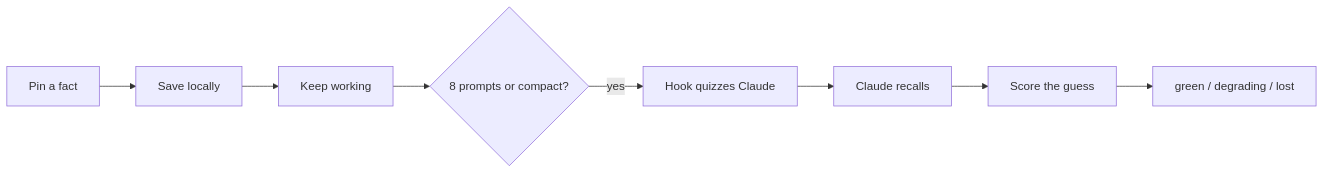
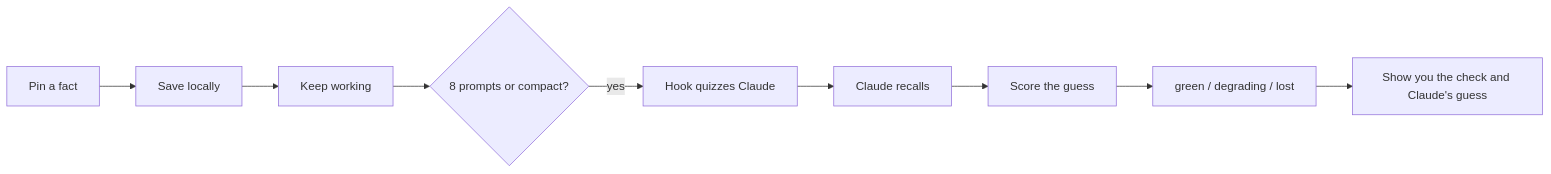
Before and after one commit to krishyaid-coder/Miss-Me: the diagram in README.md, drawn with Mermaid. The commit also changed other lines of this file and 7 other files, not shown here.

Commit message:
Show each Miss Me check in the chat, including Claude's recall and health.

````diff
--- a/README.md
+++ b/README.md
@@ -19,10 +19,11 @@
 ```mermaid
 flowchart LR
   pin["Pin a fact"] --> store["Save locally"]
   store --> work["Keep working"]
   work --> due{"8 prompts or compact?"}
   due -->|yes| whisper["Hook quizzes Claude"]
   whisper --> guess["Claude recalls"]
   guess --> score["Score the guess"]
   score --> health["green / degrading / lost"]
+  health --> show["Show you the check and Claude's guess"]
 ```
````
